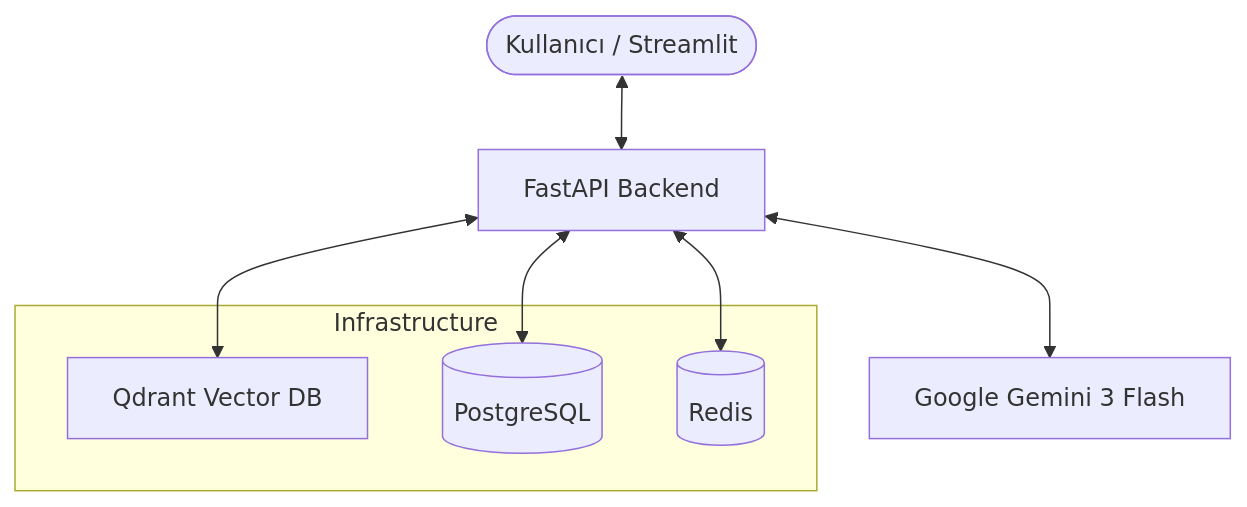
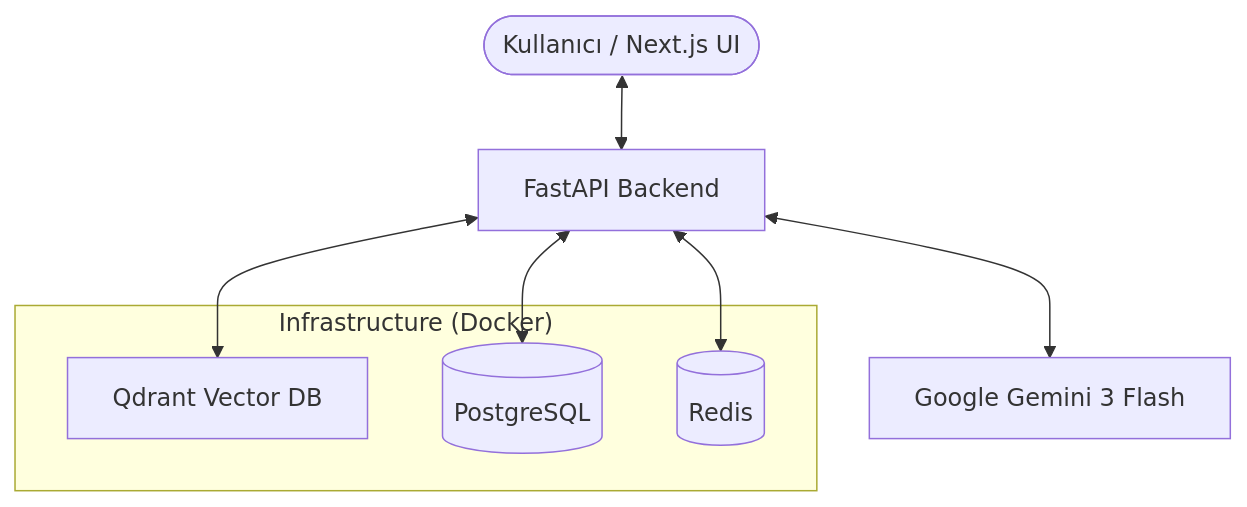
One commit to sevketbinali/Problem-Knowladge-Management changed the diagram in README.md. Above: the diagram before and after it, drawn with Mermaid. The commit also changed other lines of this file and 3 other files, not shown here.

````diff
--- a/README.md
+++ b/README.md
@@ -38,14 +55,14 @@
 ```mermaid
 graph TD
-    User([Kullanıcı / Streamlit]) <--> API[FastAPI Backend]
+    User([Kullanıcı / Next.js UI]) <--> API[FastAPI Backend]
     API <--> LLM[Google Gemini 3 Flash]
     API <--> RAG[Qdrant Vector DB]
     API <--> DB[(PostgreSQL)]
     API <--> Cache[(Redis)]
     
-    subgraph "Infrastructure"
+    subgraph "Infrastructure (Docker)"
         DB
         RAG
         Cache
     end
 ```
````
